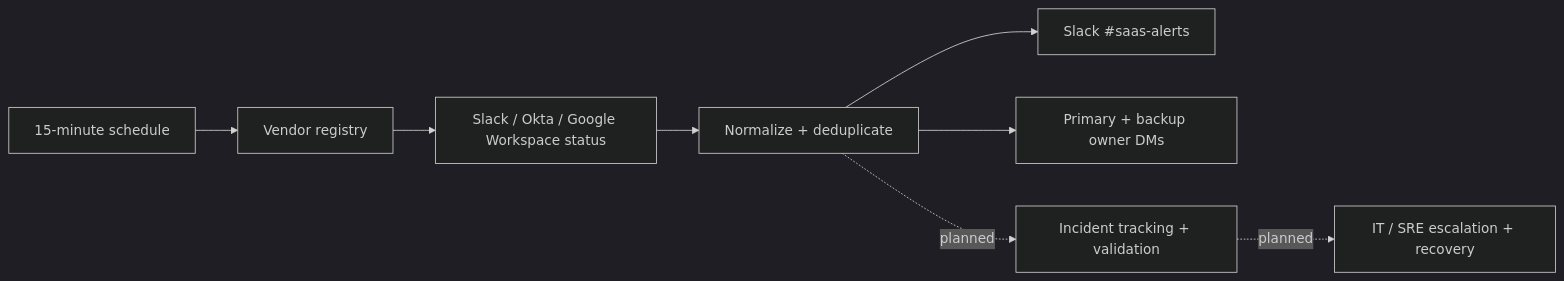
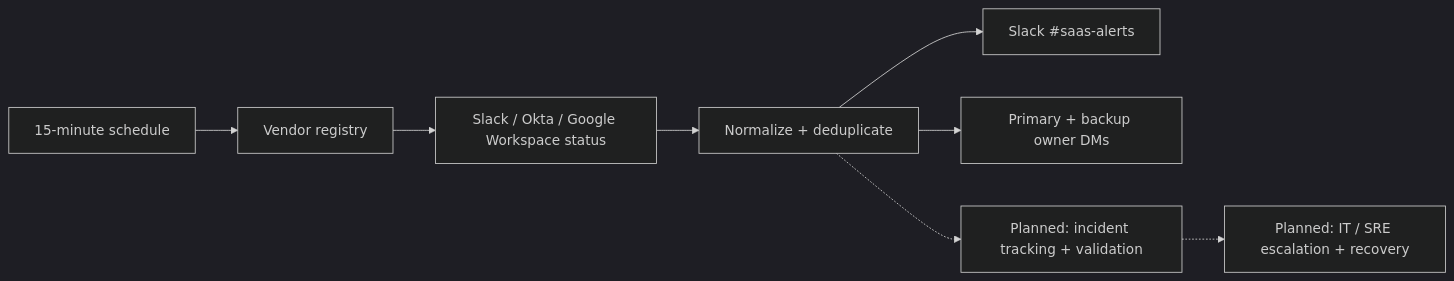
Before and after one commit to Mrandrew9/Ai-automation-lab: the diagram in README.md, drawn with Mermaid (dark theme).

Commit message:
docs: make planned architecture branches explicit

````diff
--- a/README.md
+++ b/README.md
@@ -13,10 +13,10 @@
 ```mermaid
 flowchart LR
     T["15-minute schedule"] --> R["Vendor registry"]
     R --> V["Slack / Okta / Google Workspace status"]
     V --> N["Normalize + deduplicate"]
     N --> S["Slack #saas-alerts"]
     N --> O["Primary + backup owner DMs"]
-    N -. "planned" .-> I["Incident tracking + validation"]
-    I -. "planned" .-> C["IT / SRE escalation + recovery"]
+    N -.-> I["Planned: incident tracking + validation"]
+    I -.-> C["Planned: IT / SRE escalation + recovery"]
 ```
````
